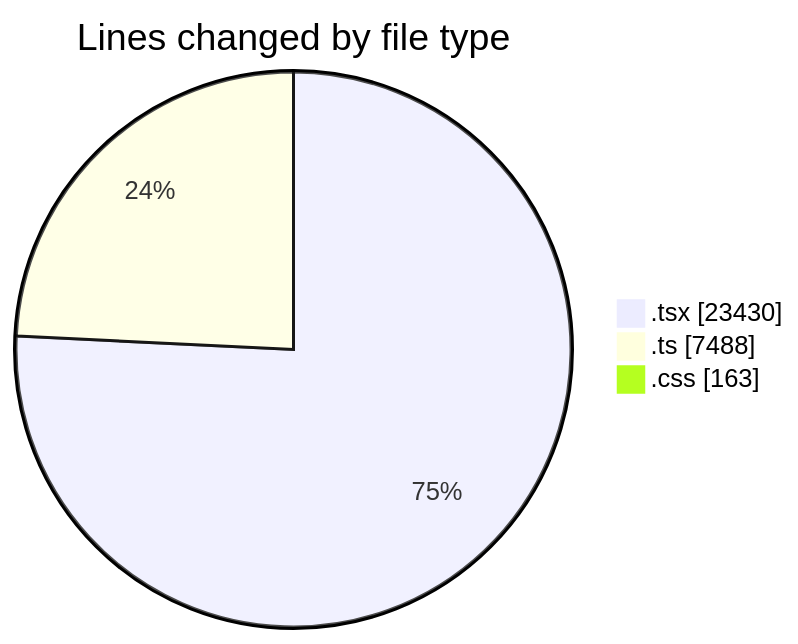
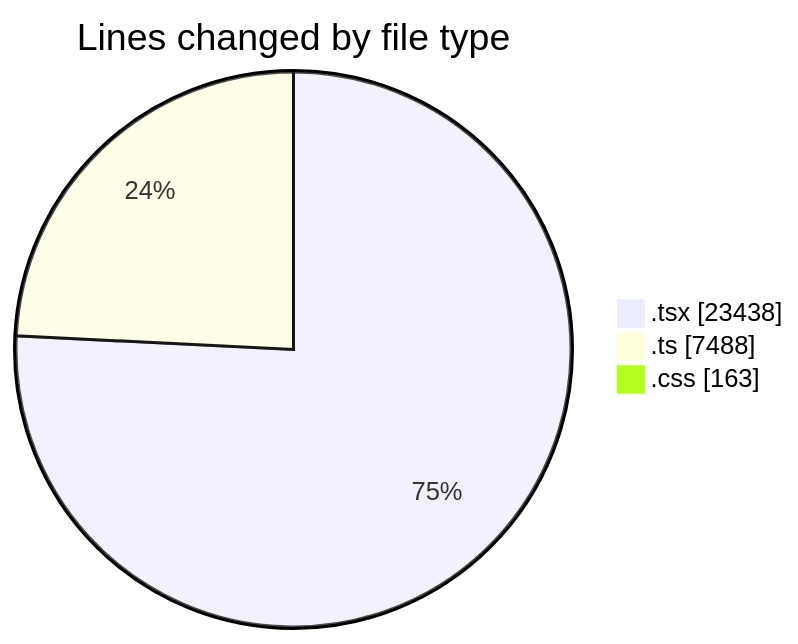
Before and after one commit to nxtqubesakshisongat/code-tracking: the first of 2 diagrams in 2026-08-23/nxtqube_webapp/README.md, drawn with Mermaid. The commit also changed other lines of this file and 1 other file, not shown here.

````diff
--- a/2026-08-23/nxtqube_webapp/README.md
+++ b/2026-08-23/nxtqube_webapp/README.md
@@ -75,7 +75,7 @@
 ```mermaid
 pie showData
 title Lines changed by file type
-".tsx" : 23430
+".tsx" : 23438
 ".ts" : 7488
 ".css" : 163
 ```
````
